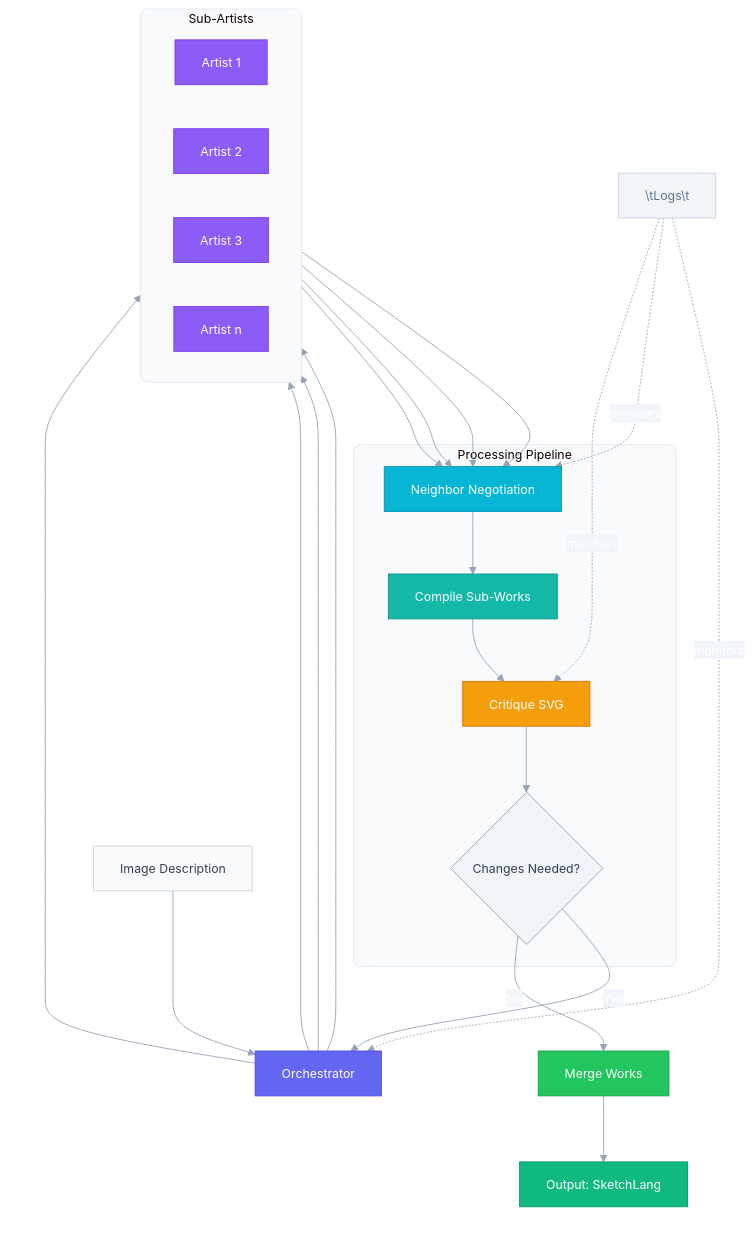
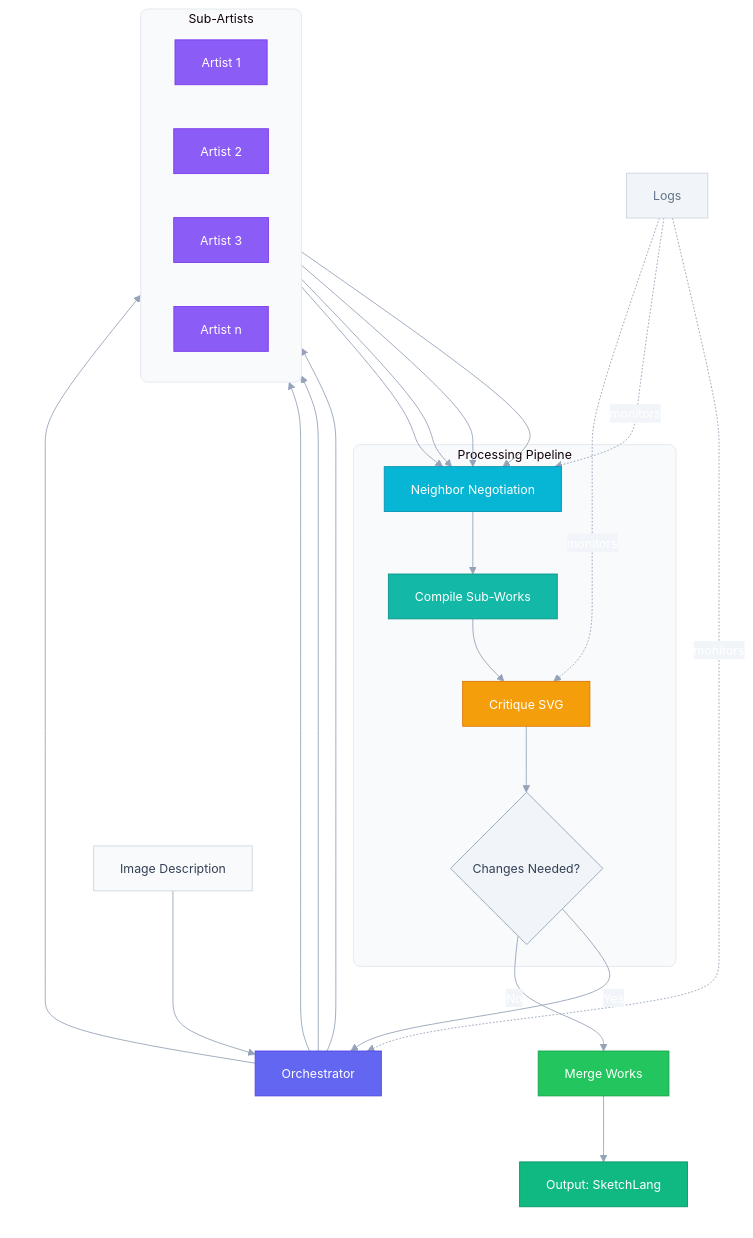
Before and after one commit to TheMaslowsDilemma/sketchthis-studio: the diagram in README.md, drawn with Mermaid.

````diff
--- a/README.md
+++ b/README.md
@@ -20,82 +20,82 @@
 ```mermaid
 %%{init: {
   'theme': 'base',
   'themeVariables': {
     'fontSize': '14px',
     'fontFamily': 'Inter, sans-serif',
     'primaryColor': '#6366f1',
     'primaryTextColor': '#ffffff',
     'primaryBorderColor': '#4f46e5',
     'secondaryColor': '#f1f5f9',
     'secondaryTextColor': '#334155',
     'tertiaryColor': '#ecfdf5',
     'lineColor': '#94a3b8',
     'textColor': '#334155'
   }
 }}%%
 
 flowchart TB
     subgraph input [" "]
         A[Image Description]
     end
 
     subgraph orchestration [" "]
         B[Orchestrator]
     end
 
-    subgraph artists ["  Sub-Artists  "]
+    subgraph artists ["Sub-Artists      "]
         direction LR
-        C1[Artist 1]
-        C2[Artist 2]
-        C3[Artist 3]
-        Cn[Artist n]
+        C1["Artist 1        "]
+        C2["Artist 2        "]
+        C3["Artist 3        "]
+        Cn["Artist n        "]
     end
 
-    subgraph processing ["  Processing Pipeline  "]
-        D["  Neighbor Negotiation  "]
-        E["  Compile Sub-Works  "]
-        F["  Critique SVG   "]
-        G{"  Changes Needed?  "}
+    subgraph processing ["Processing Pipeline              "]
+        D["Neighbor Negotiation      "]
+        E["Compile Sub-Works      "]
+        F["Critique SVG       "]
+        G{"Changes Needed?      "}
     end
 
     subgraph output [" "]
-        H["  Merge Works  "]
-        I["  Output: SketchLang  "]
+        H["Merge Works      "]
+        I["Output: SketchLang          "]
     end
 
-    J["\tLogs\t"]
+    J["Logs    "]
 
     A --> B
     B --> C1 & C2 & C3 & Cn
     C1 & C2 & C3 & Cn --> D
     D --> E
     E --> F
     F --> G
     G -->|Yes| B
     G -->|No| H
     H --> I
 
     J -.->|monitors| B
     J -.->|monitors| D
     J -.->|monitors| F
 
     style A fill:#f8fafc,stroke:#cbd5e1,color:#334155
     style B fill:#6366f1,stroke:#4f46e5,color:#ffffff
     style C1 fill:#8b5cf6,stroke:#7c3aed,color:#ffffff
     style C2 fill:#8b5cf6,stroke:#7c3aed,color:#ffffff
     style C3 fill:#8b5cf6,stroke:#7c3aed,color:#ffffff
     style Cn fill:#8b5cf6,stroke:#7c3aed,color:#ffffff
     style D fill:#06b6d4,stroke:#0891b2,color:#ffffff
     style E fill:#14b8a6,stroke:#0d9488,color:#ffffff
     style F fill:#f59e0b,stroke:#d97706,color:#ffffff
     style G fill:#f1f5f9,stroke:#94a3b8,color:#334155
     style H fill:#22c55e,stroke:#16a34a,color:#ffffff
     style I fill:#10b981,stroke:#059669,color:#ffffff
     style J fill:#f1f5f9,stroke:#cbd5e1,color:#64748b
 
     style input fill:transparent,stroke:transparent
     style orchestration fill:transparent,stroke:transparent
     style artists fill:#f8fafc,stroke:#e2e8f0,stroke-width:1px,rx:8
     style processing fill:#f8fafc,stroke:#e2e8f0,stroke-width:1px,rx:8
     style output fill:transparent,stroke:transparent
 ```
````
